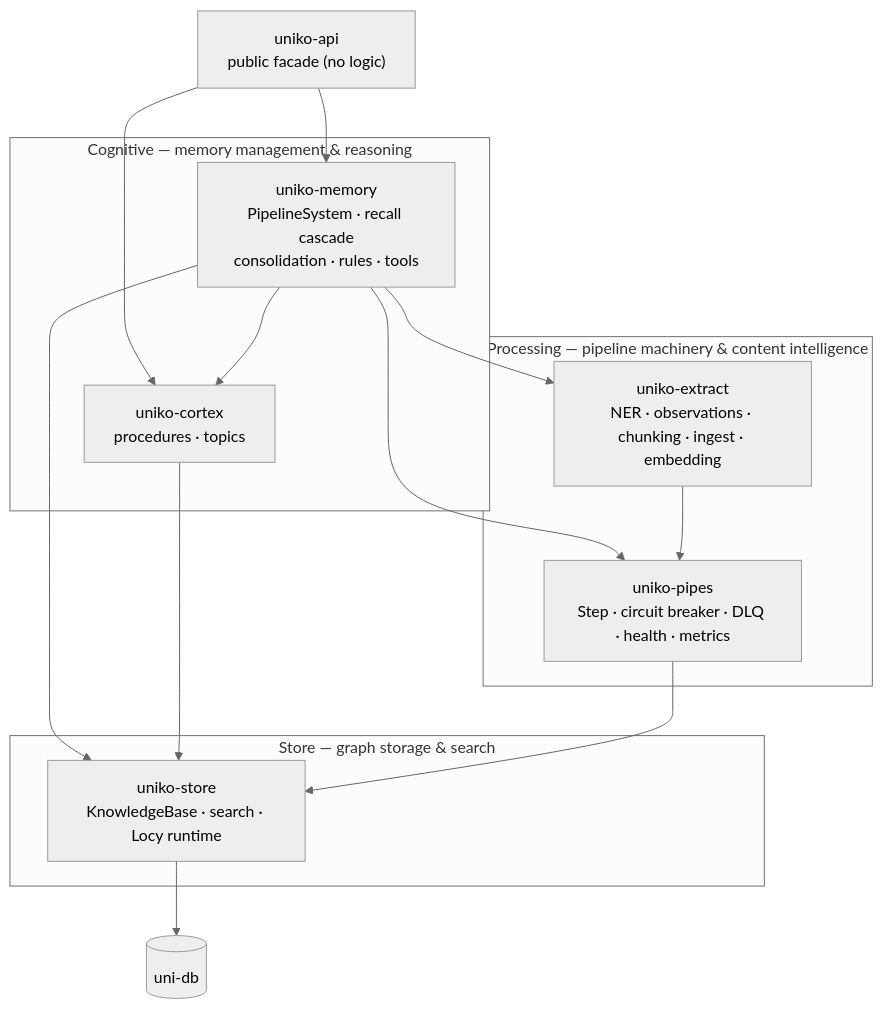
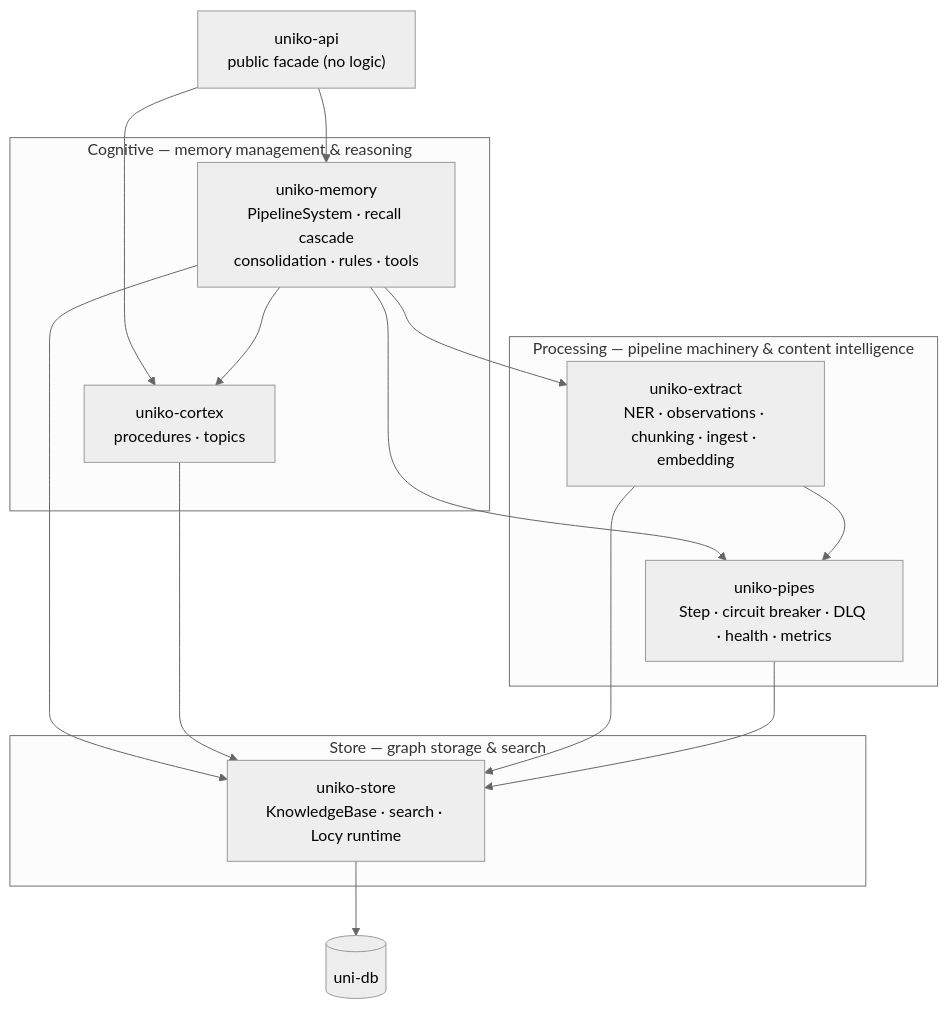
The first of 2 diagrams in website/docs/concepts/architecture.md (milliondreams/uniko), drawn with Mermaid (neutral theme) before and after one commit. The commit also changed other lines of this file and 23 other files, not shown here.

````diff
--- a/website/docs/concepts/architecture.md
+++ b/website/docs/concepts/architecture.md
@@ -16,27 +16,28 @@
 ```mermaid
 graph TD
     subgraph L3["Cognitive — memory management & reasoning"]
         MEM["uniko-memory<br/>PipelineSystem · recall cascade<br/>consolidation · rules · tools"]
         CTX["uniko-cortex<br/>procedures · topics"]
     end
     subgraph L2["Processing — pipeline machinery & content intelligence"]
         EXT["uniko-extract<br/>NER · observations · chunking · ingest · embedding"]
         PIP["uniko-pipes<br/>Step · circuit breaker · DLQ · health · metrics"]
     end
     subgraph L1["Store — graph storage & search"]
         STO["uniko-store<br/>KnowledgeBase · search · Locy runtime"]
     end
     API["uniko-api<br/>public facade (no logic)"]
     DB[("uni-db")]
 
     API --> MEM
     API --> CTX
     MEM --> CTX
     MEM --> EXT
     MEM --> PIP
     MEM --> STO
     CTX --> STO
     EXT --> PIP
+    EXT --> STO
     PIP --> STO
     STO --> DB
 ```
````
